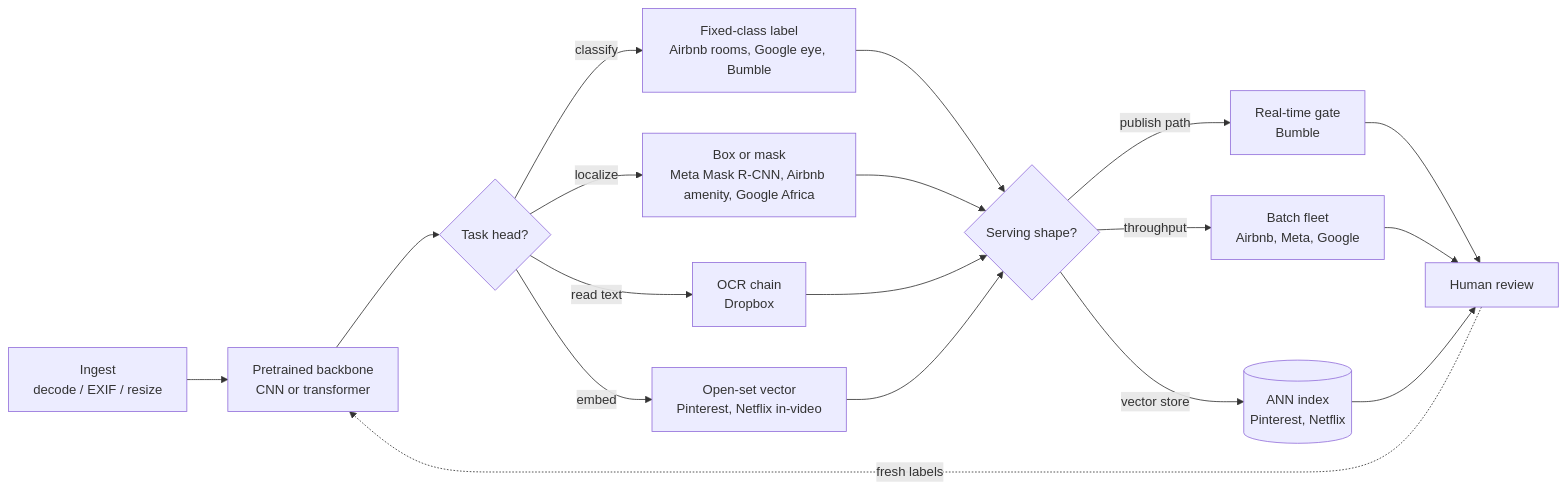
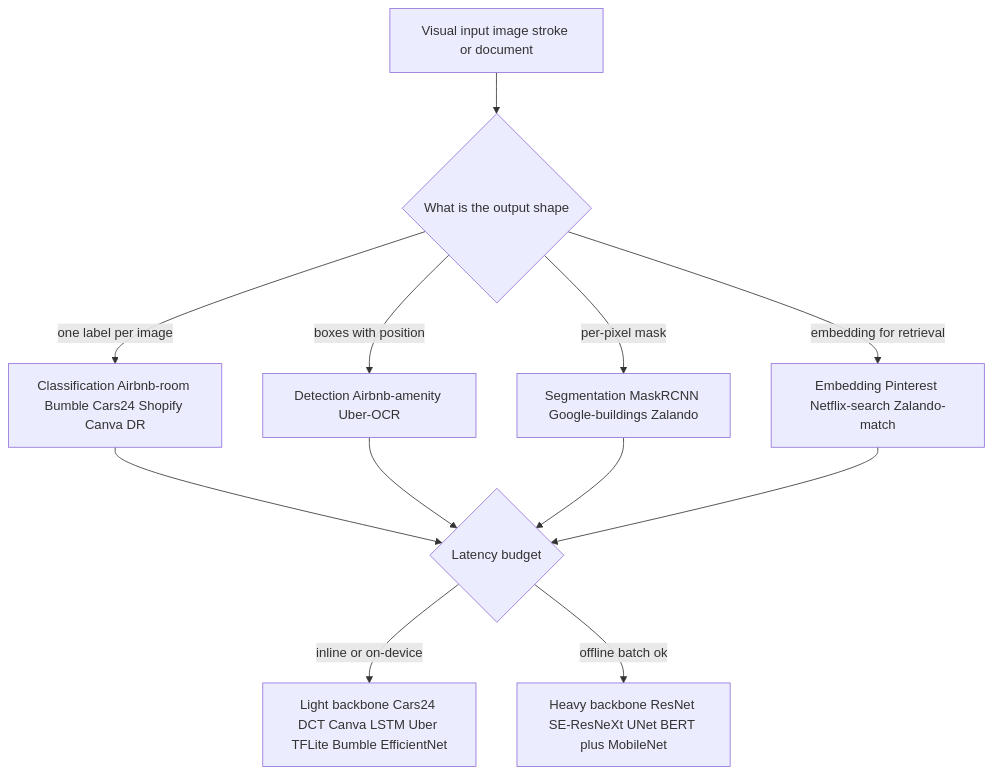
Before and after one commit to neurarch-ai/awesome-ml-system-design: diagram 19 of 36 in CASE-STUDIES.md, drawn with Mermaid. The commit also changed other lines of this file and 1 other file, not shown here.

First line of the commit message:
Refresh comparative diagrams + teardowns for the newly added cases

````diff
--- a/CASE-STUDIES.md
+++ b/CASE-STUDIES.md
@@ -765,20 +801,14 @@
 ```mermaid
-flowchart LR
-  ING[Ingest\ndecode / EXIF / resize] --> BB[Pretrained backbone\nCNN or transformer]
-  BB --> D1{Task head?}
-  D1 -->|classify| CLS[Fixed-class label\nAirbnb rooms, Google eye, Bumble]
-  D1 -->|localize| LOC[Box or mask\nMeta Mask R-CNN, Airbnb amenity, Google Africa]
-  D1 -->|read text| OCR[OCR chain\nDropbox]
-  D1 -->|embed| EMB[Open-set vector\nPinterest, Netflix in-video]
-  CLS --> D2{Serving shape?}
-  LOC --> D2
-  OCR --> D2
-  EMB --> D2
-  D2 -->|publish path| RT[Real-time gate\nBumble]
-  D2 -->|throughput| BT[Batch fleet\nAirbnb, Meta, Google]
-  D2 -->|vector store| AN[(ANN index\nPinterest, Netflix)]
-  RT --> REV[Human review]
-  BT --> REV
-  AN --> REV
-  REV -.fresh labels.-> BB
+flowchart TD
+  IN[Visual input image stroke or document] --> Q1{What is the output shape}
+  Q1 -->|one label per image| CLS[Classification Airbnb-room Bumble Cars24 Shopify Canva DR]
+  Q1 -->|boxes with position| DET[Detection Airbnb-amenity Uber-OCR]
+  Q1 -->|per-pixel mask| SEG[Segmentation MaskRCNN Google-buildings Zalando]
+  Q1 -->|embedding for retrieval| EMB[Embedding Pinterest Netflix-search Zalando-match]
+  CLS --> Q2{Latency budget}
+  DET --> Q2
+  SEG --> Q2
+  EMB --> Q2
+  Q2 -->|inline or on-device| EDGE[Light backbone Cars24 DCT Canva LSTM Uber TFLite Bumble EfficientNet]
+  Q2 -->|offline batch ok| HEAVY[Heavy backbone ResNet SE-ResNeXt UNet BERT plus MobileNet]
 ```
````
